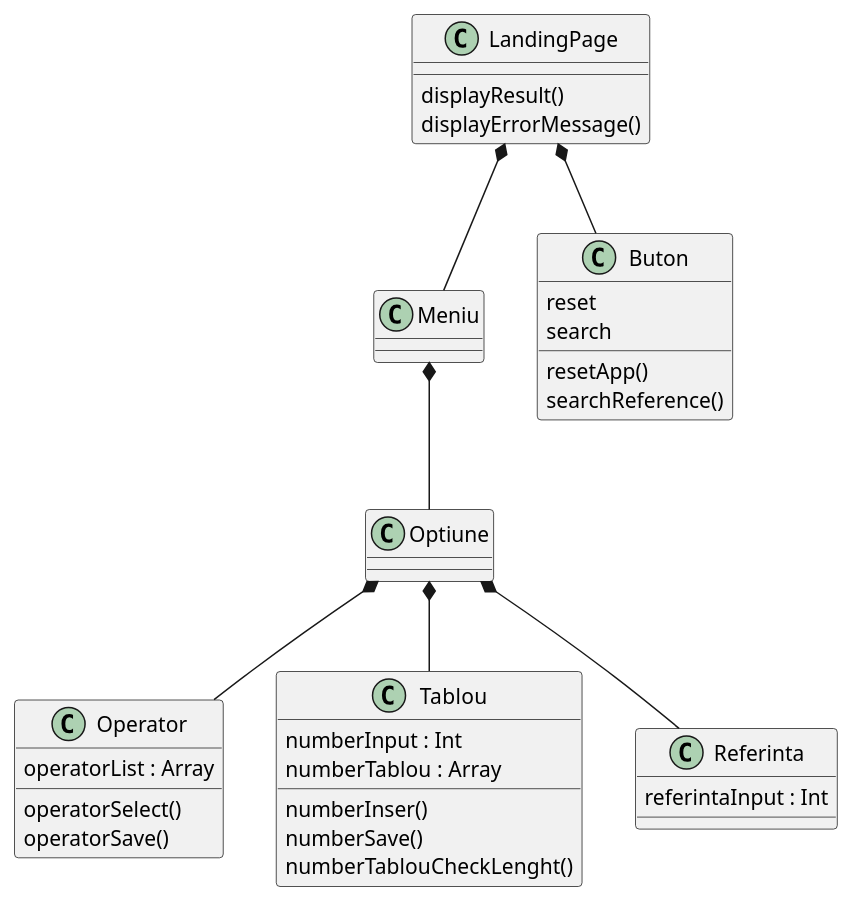
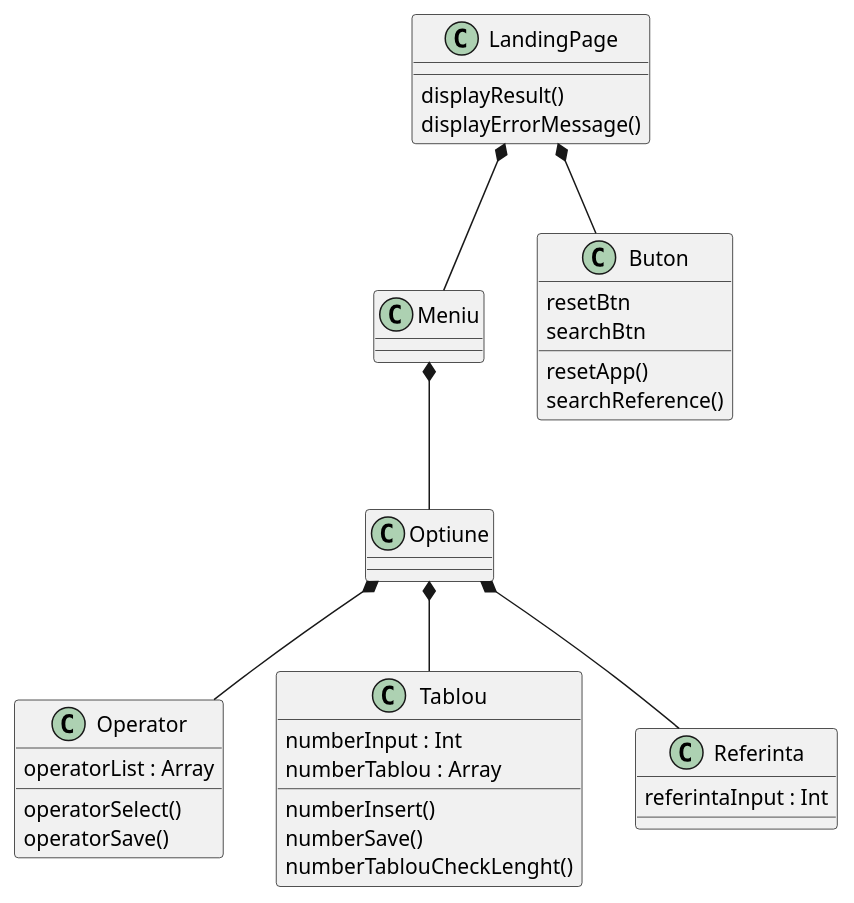
One commit to vsmro/SearchApp changed the diagram in UML/class_diagram.puml. Above: the diagram before and after it, drawn with PlantUML. The commit also changed 3 other files, not shown here.

```diff
--- a/UML/class_diagram.puml
+++ b/UML/class_diagram.puml
@@ -1,48 +1,48 @@
 @startuml
 'https://plantuml.com/class-diagram
 
 class LandingPage {
 displayResult()
 displayErrorMessage()
 }
 
 class Meniu {}
 
 class Optiune {}
 
 class Operator {
 operatorList : Array
 operatorSelect()
 operatorSave()
 }
 
 class Tablou {
 numberInput : Int
 numberTablou : Array
 
-numberInser()
+numberInsert()
 numberSave()
 numberTablouCheckLenght()
 }
 
 class Referinta {
 referintaInput : Int
 }
 
 class Buton {
-reset
-search
+resetBtn
+searchBtn
 
 resetApp()
 searchReference()
 }
 
 LandingPage *-- Meniu
 LandingPage *-- Buton
 
 Meniu *-- Optiune
 
 Optiune *-- Operator
 Optiune *-- Tablou
 Optiune *-- Referinta
 @enduml
```
